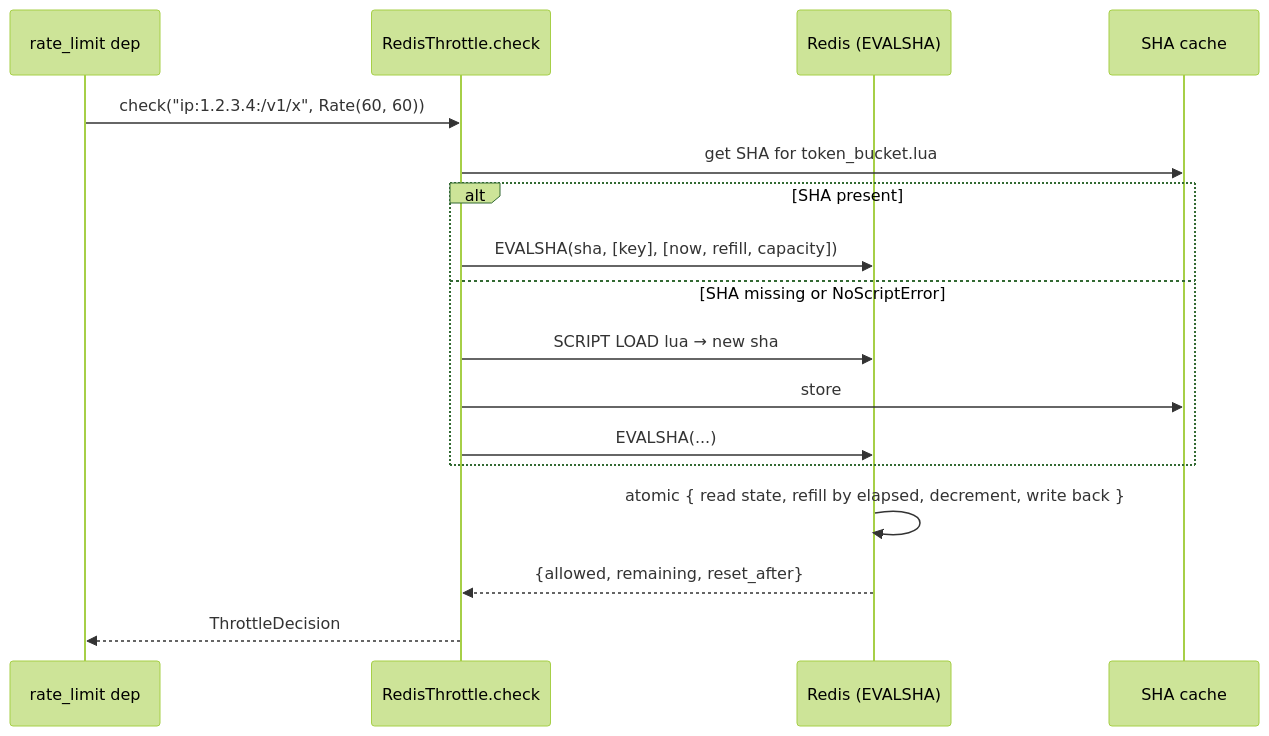
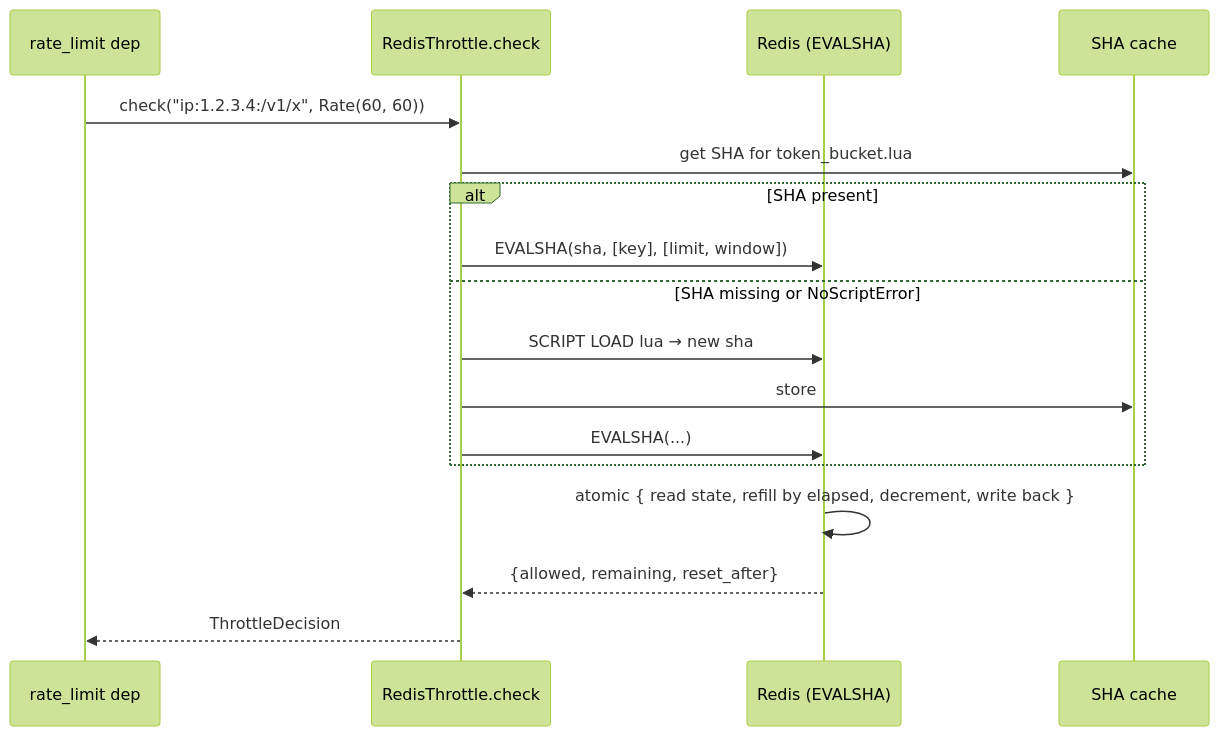
One commit to prajwalmahajan101/resilience-kit changed the fifth of 7 diagrams in docs/LLD.md. Above: the diagram before and after it, drawn with Mermaid (forest theme). The commit also changed other lines of this file and 6 other files, not shown here.

````diff
--- a/docs/LLD.md
+++ b/docs/LLD.md
@@ -347,20 +347,20 @@
 ```mermaid
 sequenceDiagram
     participant D as rate_limit dep
     participant T as RedisThrottle.check
     participant R as Redis (EVALSHA)
     participant S as SHA cache
 
     D->>T: check("ip:1.2.3.4:/v1/x", Rate(60, 60))
     T->>S: get SHA for token_bucket.lua
     alt SHA present
-        T->>R: EVALSHA(sha, [key], [now, refill, capacity])
+        T->>R: EVALSHA(sha, [key], [limit, window])
     else SHA missing or NoScriptError
         T->>R: SCRIPT LOAD lua → new sha
         T->>S: store
         T->>R: EVALSHA(...)
     end
     R->>R: atomic { read state, refill by elapsed, decrement, write back }
     R-->>T: {allowed, remaining, reset_after}
     T-->>D: ThrottleDecision
 ```
````
